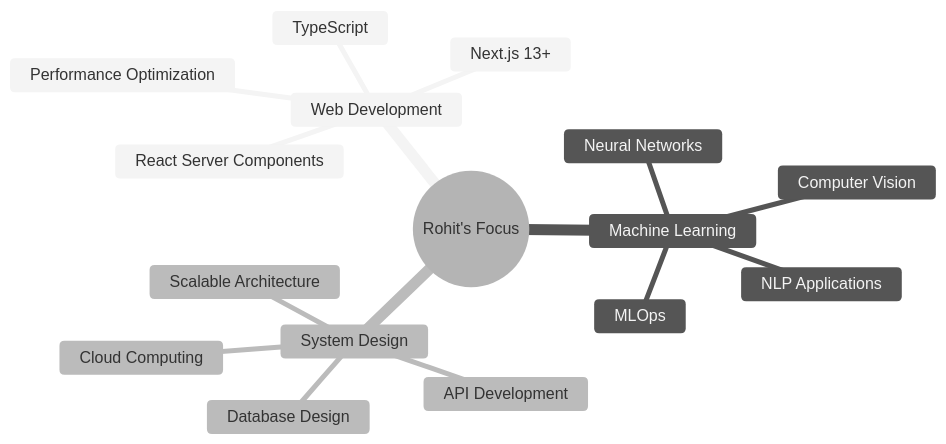
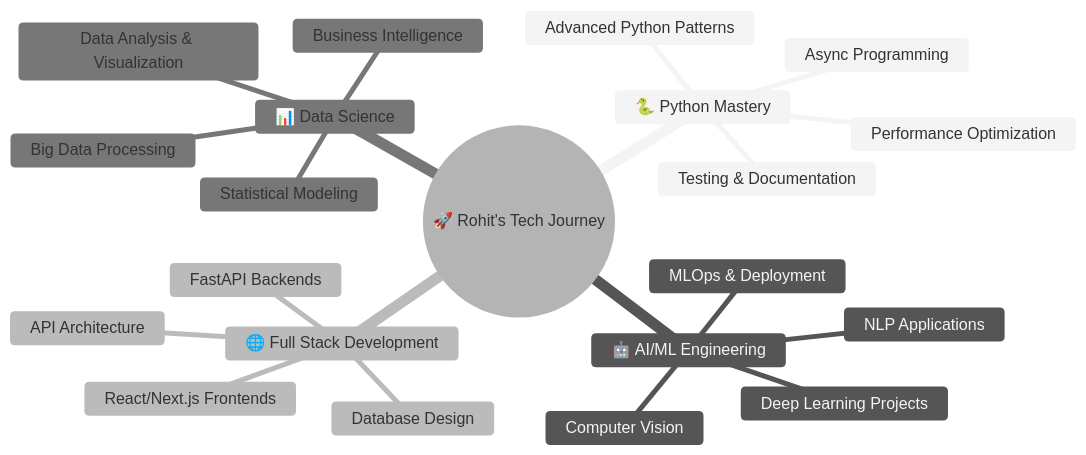
Before and after one commit to roxhit/roxhit: the diagram in README.md, drawn with Mermaid (neutral theme). The commit also changed other lines of this file, not shown here.

````diff
--- a/README.md
+++ b/README.md
@@ -124,19 +150,24 @@
 ```mermaid
 mindmap
-  root((Rohit's Focus))
-    Web Development
-      Next.js 13+
-      React Server Components  
-      TypeScript
+  root((🚀 Rohit's Tech Journey))
+    🐍 Python Mastery
+      Advanced Python Patterns
+      Async Programming
       Performance Optimization
-    Machine Learning
-      Neural Networks
+      Testing & Documentation
+    🤖 AI/ML Engineering
+      Deep Learning Projects
       Computer Vision
       NLP Applications
-      MLOps
-    System Design
-      Scalable Architecture
+      MLOps & Deployment
+    🌐 Full Stack Development
+      FastAPI Backends
+      React/Next.js Frontends
       Database Design
-      API Development
-      Cloud Computing
+      API Architecture
+    📊 Data Science
+      Data Analysis & Visualization
+      Statistical Modeling
+      Big Data Processing
+      Business Intelligence
 ```
````
